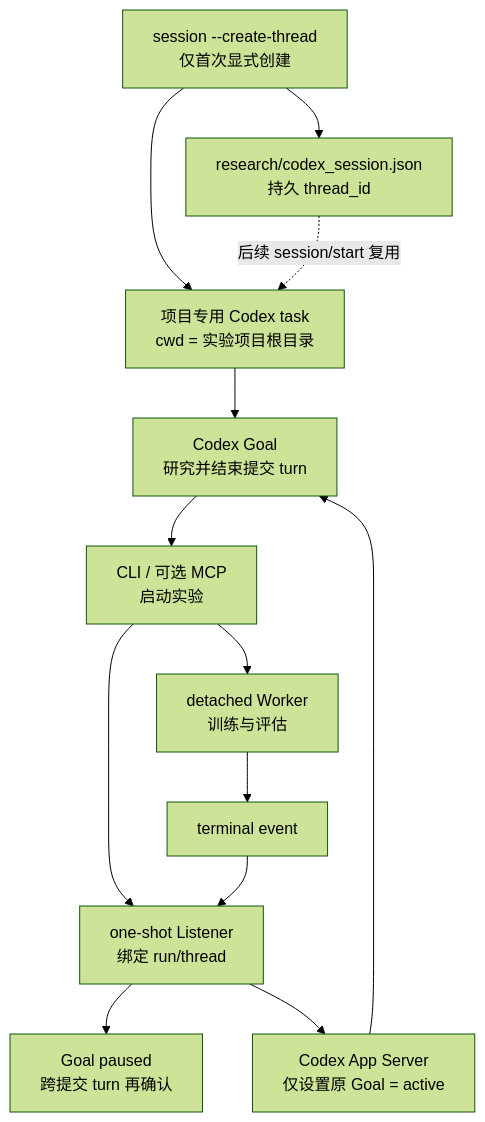
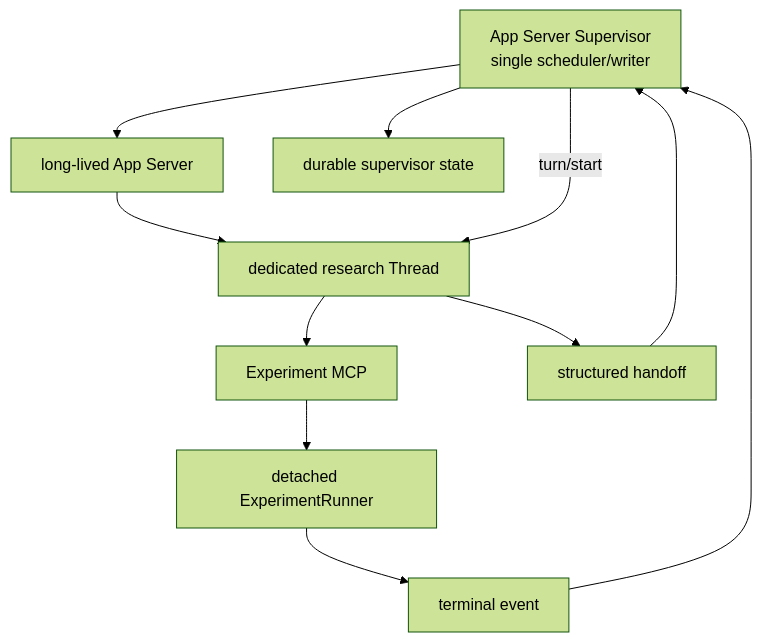
Before and after one commit to dollarser/codex-auto-research: the diagram in README.md, drawn with Mermaid (forest theme). The commit also changed other lines of this file and 10 other files, not shown here.

Commit message:
feat: add app server research supervisor

````diff
--- a/README.md
+++ b/README.md
@@ -24,15 +12,13 @@
 ```mermaid
 flowchart TD
-    SB["session --create-thread<br/>仅首次显式创建"] --> D["项目专用 Codex task<br/>cwd = 实验项目根目录"]
-    D --> G["Codex Goal<br/>研究并结束提交 turn"]
-    SB --> F["research/codex_session.json<br/>持久 thread_id"]
-    F -.->|"后续 session/start 复用"| D
-    G --> S["CLI / 可选 MCP<br/>启动实验"]
-    S --> W["detached Worker<br/>训练与评估"]
-    S --> L["one-shot Listener<br/>绑定 run/thread"]
-    L --> GP["Goal paused<br/>跨提交 turn 再确认"]
-    W --> E["terminal event"]
-    E --> L
-    L --> A["Codex App Server<br/>仅设置原 Goal = active"]
-    A --> G
+    S["App Server Supervisor<br/>single scheduler/writer"] --> A["long-lived App Server"]
+    A --> T["dedicated research Thread"]
+    S --> D["durable supervisor state"]
+    T --> M["Experiment MCP"]
+    M --> R["detached ExperimentRunner"]
+    R --> E["terminal event"]
+    E --> S
+    T --> H["structured handoff"]
+    H --> S
+    S -->|"turn/start"| T
 ```
````
